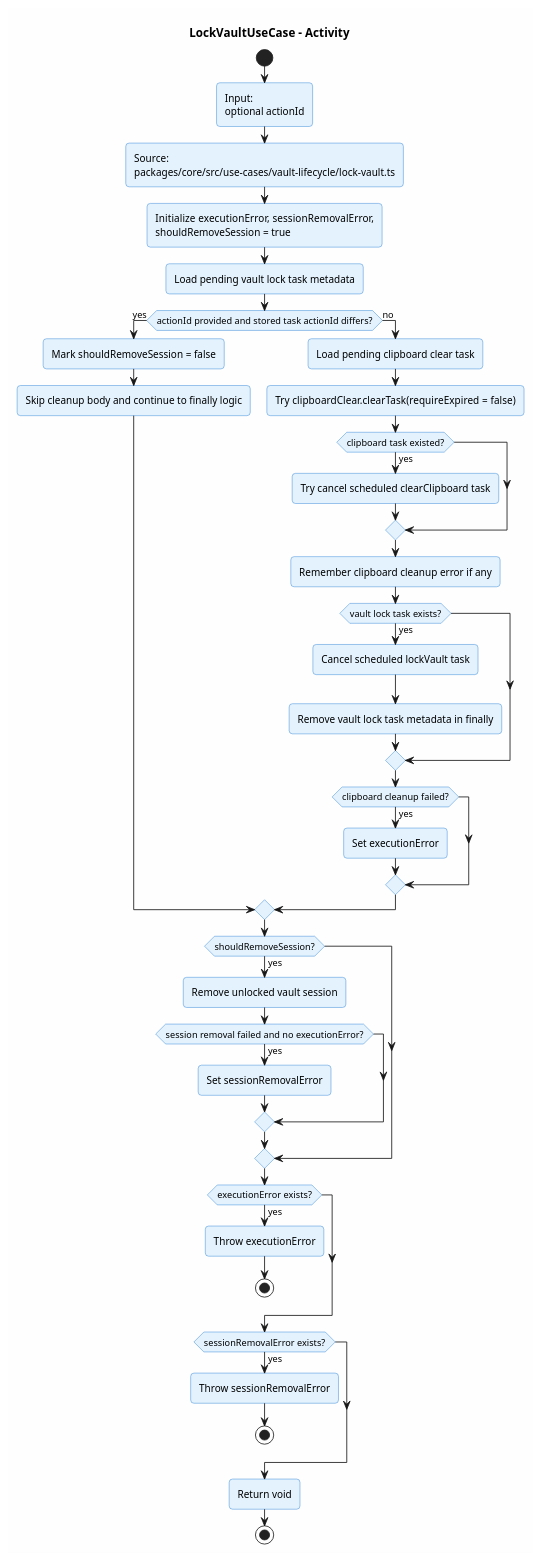
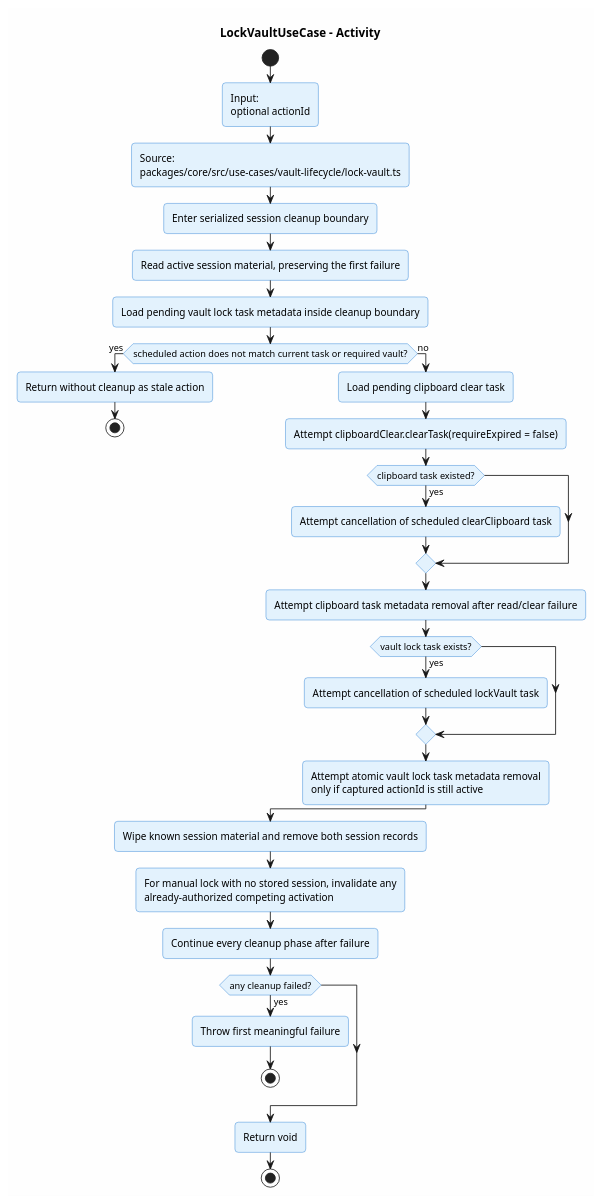
Before and after one commit to ArionStudio/engr-serverless-pm: the diagram in docs/v1/use-case/vault-lifecycle/lock-vault.activity.puml, drawn with PlantUML. The commit also changed 50 other files, not shown here.

First line of the commit message:
fix(core): harden vault session lifecycle cleanup

```diff
--- a/docs/v1/use-case/vault-lifecycle/lock-vault.activity.puml
+++ b/docs/v1/use-case/vault-lifecycle/lock-vault.activity.puml
@@ -1,56 +1,46 @@
 @startuml lock-vault-activity
 title LockVaultUseCase - Activity
 
 skinparam backgroundColor #FEFEFE
 skinparam roundcorner 8
 skinparam shadowing false
 skinparam activity {
   BackgroundColor #E3F2FD
   BorderColor #1976D2
 }
 
 start
 :Input:\noptional actionId;
 :Source:\npackages/core/src/use-cases/vault-lifecycle/lock-vault.ts;
-:Initialize executionError, sessionRemovalError,\nshouldRemoveSession = true;
-:Load pending vault lock task metadata;
+:Enter serialized session cleanup boundary;
+:Read active session material, preserving the first failure;
+:Load pending vault lock task metadata inside cleanup boundary;
 
-if (actionId provided and stored task actionId differs?) then (yes)
-  :Mark shouldRemoveSession = false;
-  :Skip cleanup body and continue to finally logic;
+if (scheduled action does not match current task or required vault?) then (yes)
+  :Return without cleanup as stale action;
+  stop
 else (no)
   :Load pending clipboard clear task;
-  :Try clipboardClear.clearTask(requireExpired = false);
+  :Attempt clipboardClear.clearTask(requireExpired = false);
   if (clipboard task existed?) then (yes)
-    :Try cancel scheduled clearClipboard task;
+    :Attempt cancellation of scheduled clearClipboard task;
   endif
-  :Remember clipboard cleanup error if any;
+  :Attempt clipboard task metadata removal after read/clear failure;
 
   if (vault lock task exists?) then (yes)
-    :Cancel scheduled lockVault task;
-    :Remove vault lock task metadata in finally;
+    :Attempt cancellation of scheduled lockVault task;
   endif
-
-  if (clipboard cleanup failed?) then (yes)
-    :Set executionError;
-  endif
+  :Attempt atomic vault lock task metadata removal\nonly if captured actionId is still active;
 endif
 
-if (shouldRemoveSession?) then (yes)
-  :Remove unlocked vault session;
-  if (session removal failed and no executionError?) then (yes)
-    :Set sessionRemovalError;
-  endif
-endif
+:Wipe known session material and remove both session records;
+:For manual lock with no stored session, invalidate any\nalready-authorized competing activation;
+:Continue every cleanup phase after failure;
 
-if (executionError exists?) then (yes)
-  :Throw executionError;
-  stop
-endif
-if (sessionRemovalError exists?) then (yes)
-  :Throw sessionRemovalError;
+if (any cleanup failed?) then (yes)
+  :Throw first meaningful failure;
   stop
 endif
 :Return void;
 stop
 @enduml
```
